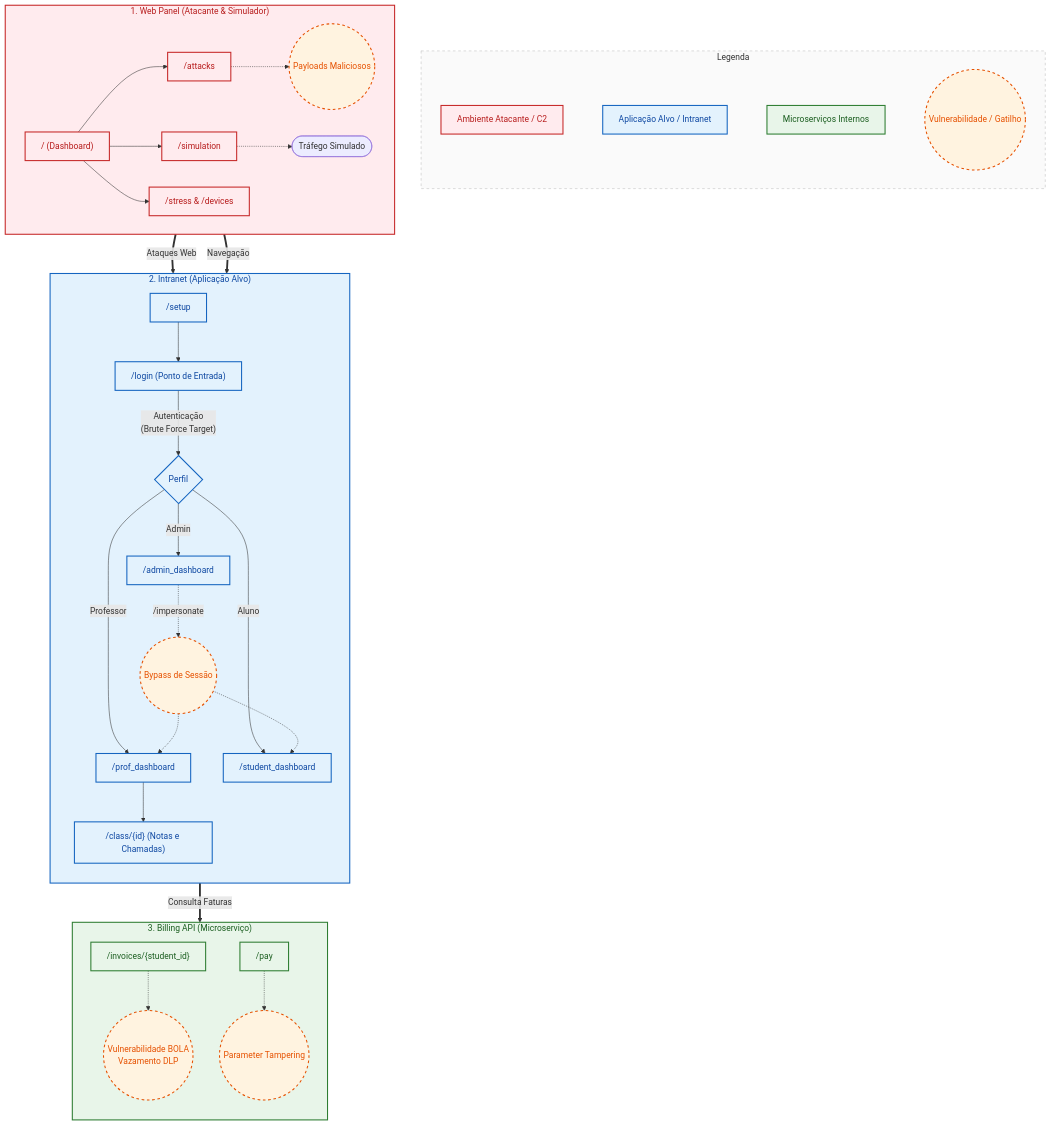
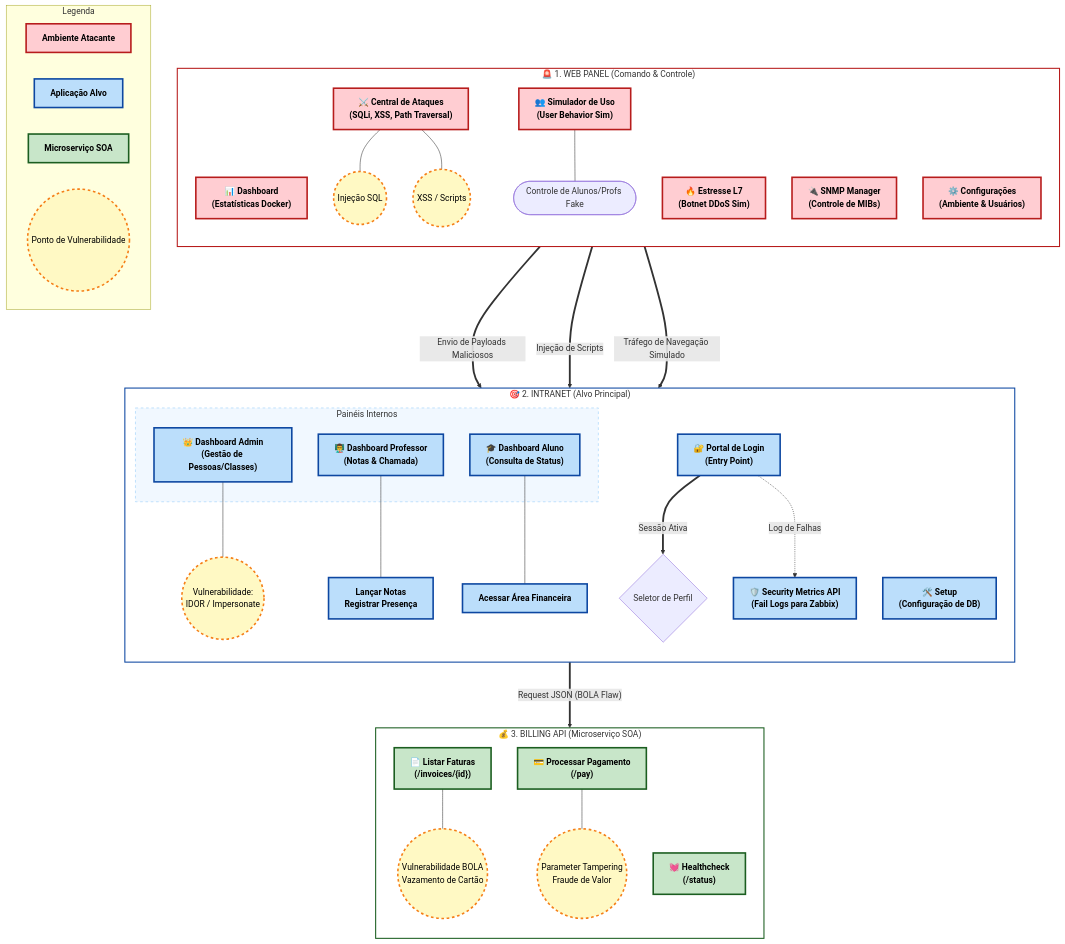
One commit to AugustoRubio/PI_5SEMESTRE_MONITORAMENTO changed the diagram in docs/diagrama_funcionalidades.md. Above: the diagram before and after it, drawn with Mermaid. The commit also changed other lines of this file, not shown here.

Commit message:
docs: complete rewrite of functionality diagram with high-fidelity styles and full detail

````diff
--- a/docs/diagrama_funcionalidades.md
+++ b/docs/diagrama_funcionalidades.md
@@ -9,82 +7,106 @@
 ```mermaid
-flowchart TB
+flowchart TD
     %% ==========================================
-    %% Definição de Estilos (Cores e Formatos)
+    %% Definições de Estilo de Alto Contraste
     %% ==========================================
-    classDef attacker fill:#ffebee,stroke:#c62828,stroke-width:2px,color:#b71c1c;
-    classDef target fill:#e3f2fd,stroke:#1565c0,stroke-width:2px,color:#0d47a1;
-    classDef microservice fill:#e8f5e9,stroke:#2e7d32,stroke-width:2px,color:#1b5e20;
-    classDef vuln fill:#fff3e0,stroke:#e65100,stroke-width:2px,color:#e65100,stroke-dasharray: 5 5;
-    classDef legendStyle fill:#f5f5f5,stroke:#9e9e9e,stroke-width:1px;
+    classDef attackerNode fill:#ffcdd2,stroke:#b71c1c,stroke-width:3px,color:#000,font-weight:bold;
+    classDef targetNode fill:#bbdefb,stroke:#0d47a1,stroke-width:3px,color:#000,font-weight:bold;
+    classDef microserviceNode fill:#c8e6c9,stroke:#1b5e20,stroke-width:3px,color:#000,font-weight:bold;
+    classDef vulnerability fill:#fff9c4,stroke:#f57f17,stroke-width:3px,color:#000,stroke-dasharray: 5 5;
+    classDef connectionLabel font-style:italic,font-weight:bold,background-color:#fff;
 
     %% ==========================================
-    %% Legenda (Subgrafo visual)
+    %% Subgrafo: Painel do Atacante (C2)
     %% ==========================================
-    subgraph Legenda
-        L1[Ambiente Atacante / C2]:::attacker
-        L2[Aplicação Alvo / Intranet]:::target
-        L3[Microserviços Internos]:::microservice
-        L4((Vulnerabilidade / Gatilho)):::vuln
-    end
-    
-    %% Ocultar conexões da legenda
-    L1 ~~~ L2 ~~~ L3 ~~~ L4
-    style Legenda fill:#fafafa,stroke:#bdbdbd,stroke-width:1px,stroke-dasharray: 5 5
+    subgraph Web_Panel ["🚨 1. WEB PANEL (Comando & Controle)"]
+        direction TB
+        WP_Stats["📊 Dashboard\n(Estatísticas Docker)"]
+        WP_Attacks["⚔️ Central de Ataques\n(SQLi, XSS, Path Traversal)"]
+        WP_Stress["🔥 Estresse L7\n(Botnet DDoS Sim)"]
+        WP_Sim["👥 Simulador de Uso\n(User Behavior Sim)"]
+        WP_SNMP["🔌 SNMP Manager\n(Controle de MIBs)"]
+        WP_Admin["⚙️ Configurações\n(Ambiente & Usuários)"]
 
-    %% ==========================================
-    %% Blocos Principais
-    %% ==========================================
-    
-    subgraph Web_Panel ["1. Web Panel (Atacante & Simulador)"]
-        direction LR
-        WP_Index["/ (Dashboard)"]
-        
-        WP_Index --> WP_Attacks["/attacks"]
-        WP_Index --> WP_Sim["/simulation"]
-        WP_Index --> WP_Misc["/stress & /devices"]
-        
-        WP_Attacks -.-> ATK_Payloads((Payloads Maliciosos)):::vuln
-        WP_Sim -.-> SIM_Traffic([Tráfego Simulado])
-    end
-
-    subgraph Intranet_Web ["2. Intranet (Aplicação Alvo)"]
-        direction TB
-        INT_Setup["/setup"] --> INT_Login["/login (Ponto de Entrada)"]
-        
-        INT_Login --> |"Autenticação\n(Brute Force Target)"| RoleRouter{Perfil}
-        
-        RoleRouter -- "Admin" --> INT_Admin["/admin_dashboard"]
-        RoleRouter -- "Professor" --> INT_Prof["/prof_dashboard"]
-        RoleRouter -- "Aluno" --> INT_Stud["/student_dashboard"]
-
-        %% Detalhes Internos
-        INT_Prof --> INT_Class["/class/{id} (Notas e Chamadas)"]
-        
-        %% Funcionalidade sensível
-        INT_Admin -.-> |"/impersonate"| Vuln_Impersonate((Bypass de Sessão)):::vuln
-        Vuln_Impersonate -.-> INT_Prof
-        Vuln_Impersonate -.-> INT_Stud
-    end
-
-    subgraph SOA_Billing ["3. Billing API (Microserviço)"]
-        direction TB
-        BILL_Invoices["/invoices/{student_id}"] -.-> Vuln_BOLA((Vulnerabilidade BOLA\nVazamento DLP)):::vuln
-        BILL_Pay["/pay"] -.-> Vuln_Fraud((Parameter Tampering)):::vuln
+        %% Detalhes das Ações de Ataque
+        WP_Attacks --- ATK_SQLI((Injeção SQL)):::vulnerability
+        WP_Attacks --- ATK_XSS((XSS / Scripts)):::vulnerability
+        WP_Sim --- SIM_Botnet([Controle de Alunos/Profs Fake])
     end
 
     %% ==========================================
-    %% Conexões Inter-Sistemas (Desenhadas para evitar cruzamentos)
+    %% Subgrafo: Intranet Alvo (Aplicação Monitorada)
+    %% ==========================================
+    subgraph Intranet_App ["🎯 2. INTRANET (Alvo Principal)"]
+        direction TB
+        INT_Setup["🛠️ Setup\n(Configuração de DB)"]
+        INT_Login["🔐 Portal de Login\n(Entry Point)"]
+        
+        %% Roteamento por Perfil
+        INT_Login ==> |"Sessão Ativa"| INT_Router{Seletor de Perfil}
+        
+        subgraph Dashboards ["Painéis Internos"]
+            INT_Admin["👑 Dashboard Admin\n(Gestão de Pessoas/Classes)"]
+            INT_Prof["👨‍🏫 Dashboard Professor\n(Notas & Chamada)"]
+            INT_Stud["🎓 Dashboard Aluno\n(Consulta de Status)"]
+        end
+
+        %% Ações Específicas Detalhadas
+        INT_Admin --- ADM_Impersonate((Vulnerabilidade:\nIDOR / Impersonate)):::vulnerability
+        INT_Prof --- PROF_Actions["Lançar Notas\nRegistrar Presença"]
+        INT_Stud --- STUD_Billing["Acessar Área Financeira"]
+        
+        %% Métrica para Zabbix
+        INT_Sec["🛡️ Security Metrics API\n(Fail Logs para Zabbix)"]
+    end
+
+    %% ==========================================
+    %% Subgrafo: Microserviço de Faturamento
+    %% ==========================================
+    subgraph Billing_Microservice ["💰 3. BILLING API (Microserviço SOA)"]
+        direction TB
+        BILL_Invoices["📄 Listar Faturas\n(/invoices/{id})"]
+        BILL_Pay["💳 Processar Pagamento\n(/pay)"]
+        BILL_Status["💓 Healthcheck\n(/status)"]
+
+        %% Vulnerabilidades do Microserviço
+        BILL_Invoices --- VULN_BOLA((Vulnerabilidade BOLA\nVazamento de Cartão)):::vulnerability
+        BILL_Pay --- VULN_Tamper((Parameter Tampering\nFraude de Valor)):::vulnerability
+    end
+
+    %% ==========================================
+    %% Conexões de Alta Visibilidade (Inter-Sistemas)
     %% ==========================================
     
-    %% Conectando o Atacante ao Alvo
-    ATK_Payloads ==> |"Ataques Web"| INT_Login
-    SIM_Traffic ==> |"Navegação"| INT_Login
+    %% Fluxo de Ataque (Web Panel -> Intranet)
+    ATK_SQLI ===> |"Envio de Payloads Maliciosos"| INT_Login
+    ATK_XSS ===> |"Injeção de Scripts"| INT_Login
+    SIM_Botnet ===> |"Tráfego de Navegação Simulado"| INT_Login
     
-    %% Conectando o Alvo ao Microserviço
-    INT_Stud ==> |"Consulta Faturas"| BILL_Invoices
+    %% Fluxo de Dados (Intranet -> Billing)
+    STUD_Billing ===> |"Request JSON (BOLA Flaw)"| BILL_Invoices
+    
+    %% Fluxo de Monitoramento (Intranet -> Zabbix/Security)
+    INT_Login -.-> |"Log de Falhas"| INT_Sec
 
-    %% Aplicando as classes principais aos subgrafos (mermaid trick: apply to nodes)
-    class Web_Panel,WP_Index,WP_Attacks,WP_Sim,WP_Misc attacker;
-    class Intranet_Web,INT_Setup,INT_Login,RoleRouter,INT_Admin,INT_Prof,INT_Stud,INT_Class target;
-    class SOA_Billing,BILL_Invoices,BILL_Pay microservice;
+    %% ==========================================
+    %% Legenda de Cores
+    %% ==========================================
+    subgraph Legenda
+        direction LR
+        L1[Ambiente Atacante]:::attackerNode
+        L2[Aplicação Alvo]:::targetNode
+        L3[Microserviço SOA]:::microserviceNode
+        L4((Ponto de Vulnerabilidade)):::vulnerability
+    end
+
+    %% Estilização de Subgrafos
+    style Web_Panel fill:#fff,stroke:#b71c1c,stroke-width:2px
+    style Intranet_App fill:#fff,stroke:#0d47a1,stroke-width:2px
+    style Billing_Microservice fill:#fff,stroke:#1b5e20,stroke-width:2px
+    style Dashboards fill:#f1f8ff,stroke:#90caf9,stroke-dasharray: 5 5
+
+    %% Aplicação de Classes aos nós
+    class WP_Stats,WP_Attacks,WP_Stress,WP_Sim,WP_SNMP,WP_Admin attackerNode;
+    class INT_Setup,INT_Login,INT_Admin,INT_Prof,INT_Stud,INT_Sec,PROF_Actions,STUD_Billing targetNode;
+    class BILL_Invoices,BILL_Pay,BILL_Status microserviceNode;
 ```
````
